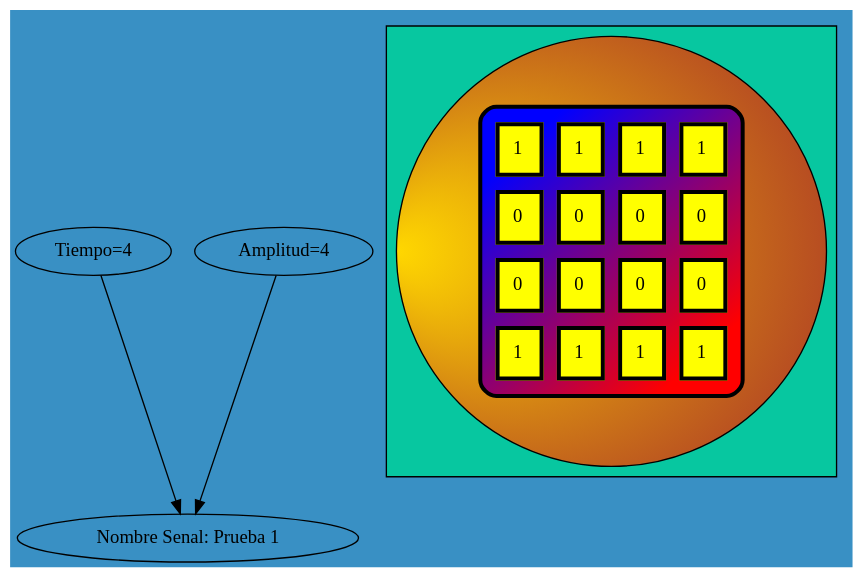
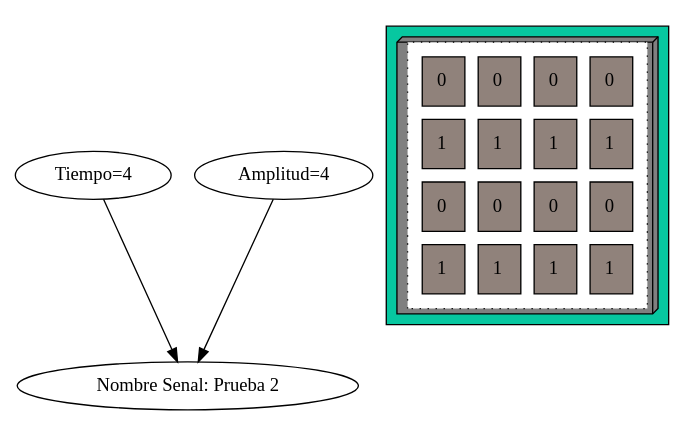
Before and after one commit to riverroman/IPC2-Proyecto-1-202100096: the diagram in bb.dot, drawn with Graphviz. The commit also changed 18 other files, not shown here.

```diff
--- a/bb.dot
+++ b/bb.dot
@@ -1,29 +1,29 @@
 
-
-            digraph G {"Tiempo=4","Amplitud=4"->" Nombre Senal: Prueba 1" bgcolor="#3990C4" style="filled"
+        
+            digraph G {"Tiempo=4","Amplitud=4"->" Nombre Senal: Prueba 2" bgcolor="white" style="filled"
             subgraph cluster_1 { fillcolor="#07c7a0" style="filled"
-            node [shape=circle fillcolor="gold:brown" style="radial" gradientangle=180]
+            node [shape=box3d fillcolor="gray" style="radial" gradientangle=180]
             a0 [ label=<
-            <TABLE border="3" cellspacing="10" cellpadding="10" style="rounded" bgcolor="blue:red" gradientangle="315">
-<TR><TD border="3" bgcolor="yellow" gradientangle="315">1</TD>
-<TD border="3" bgcolor="yellow" gradientangle="315">1</TD>
-<TD border="3" bgcolor="yellow" gradientangle="315">1</TD>
-<TD border="3" bgcolor="yellow" gradientangle="315">1</TD>
+            <TABLE border="1" cellspacing="10" cellpadding="10" style="dotted" bgcolor="white">
+<TR><TD border="1" bgcolor="#90827b">0</TD>
+<TD border="1" bgcolor="#90827b" gradientangle="315">0</TD>
+<TD border="1" bgcolor="#90827b" gradientangle="315">0</TD>
+<TD border="1" bgcolor="#90827b" gradientangle="315">0</TD>
 </TR>
-<TR><TD border="3" bgcolor="yellow" gradientangle="315">0</TD>
-<TD border="3" bgcolor="yellow" gradientangle="315">0</TD>
-<TD border="3" bgcolor="yellow" gradientangle="315">0</TD>
-<TD border="3" bgcolor="yellow" gradientangle="315">0</TD>
+<TR><TD border="1" bgcolor="#90827b">1</TD>
+<TD border="1" bgcolor="#90827b" gradientangle="315">1</TD>
+<TD border="1" bgcolor="#90827b" gradientangle="315">1</TD>
+<TD border="1" bgcolor="#90827b" gradientangle="315">1</TD>
 </TR>
-<TR><TD border="3" bgcolor="yellow" gradientangle="315">0</TD>
-<TD border="3" bgcolor="yellow" gradientangle="315">0</TD>
-<TD border="3" bgcolor="yellow" gradientangle="315">0</TD>
-<TD border="3" bgcolor="yellow" gradientangle="315">0</TD>
+<TR><TD border="1" bgcolor="#90827b">0</TD>
+<TD border="1" bgcolor="#90827b" gradientangle="315">0</TD>
+<TD border="1" bgcolor="#90827b" gradientangle="315">0</TD>
+<TD border="1" bgcolor="#90827b" gradientangle="315">0</TD>
 </TR>
-<TR><TD border="3" bgcolor="yellow" gradientangle="315">1</TD>
-<TD border="3" bgcolor="yellow" gradientangle="315">1</TD>
-<TD border="3" bgcolor="yellow" gradientangle="315">1</TD>
-<TD border="3" bgcolor="yellow" gradientangle="315">1</TD>
+<TR><TD border="1" bgcolor="#90827b">1</TD>
+<TD border="1" bgcolor="#90827b" gradientangle="315">1</TD>
+<TD border="1" bgcolor="#90827b" gradientangle="315">1</TD>
+<TD border="1" bgcolor="#90827b" gradientangle="315">1</TD>
  </TR></TABLE>>];
                 }
                 }
```
